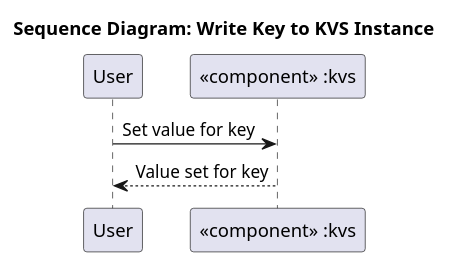
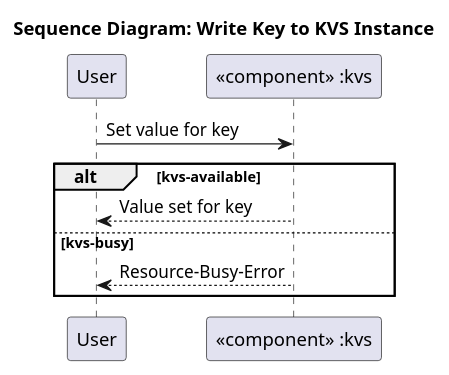
Before and after one commit to esrlabs/inc_mw_per: the diagram in docs/features/persistency/architecture/_assets/kvs_dyn_write_data_key.puml, drawn with PlantUML. The commit also changed 13 other files, not shown here.

First line of the commit message:
docs:update feature architecture and component achitecture (#458)

```diff
--- a/docs/features/persistency/architecture/_assets/kvs_dyn_write_data_key.puml
+++ b/docs/features/persistency/architecture/_assets/kvs_dyn_write_data_key.puml
@@ -14,11 +14,15 @@
 @startuml
 
 title Sequence Diagram: Write Key to KVS Instance
 
 participant "User" as actor
 participant "«component» :kvs" as kvs
 
 actor -> kvs: Set value for key
-kvs --> actor: Value set for key
+alt kvs-available
+    kvs --> actor: Value set for key
+else kvs-busy
+    kvs --> actor: Resource-Busy-Error
+end
 
 @enduml
```
